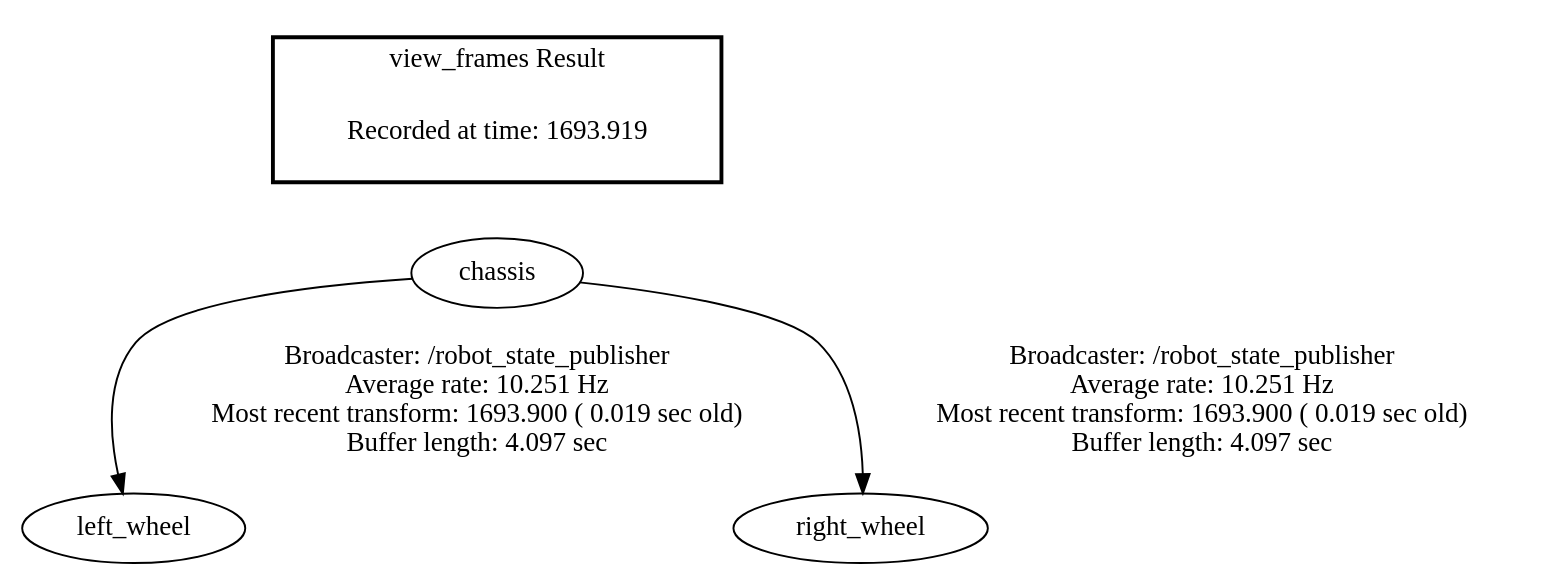
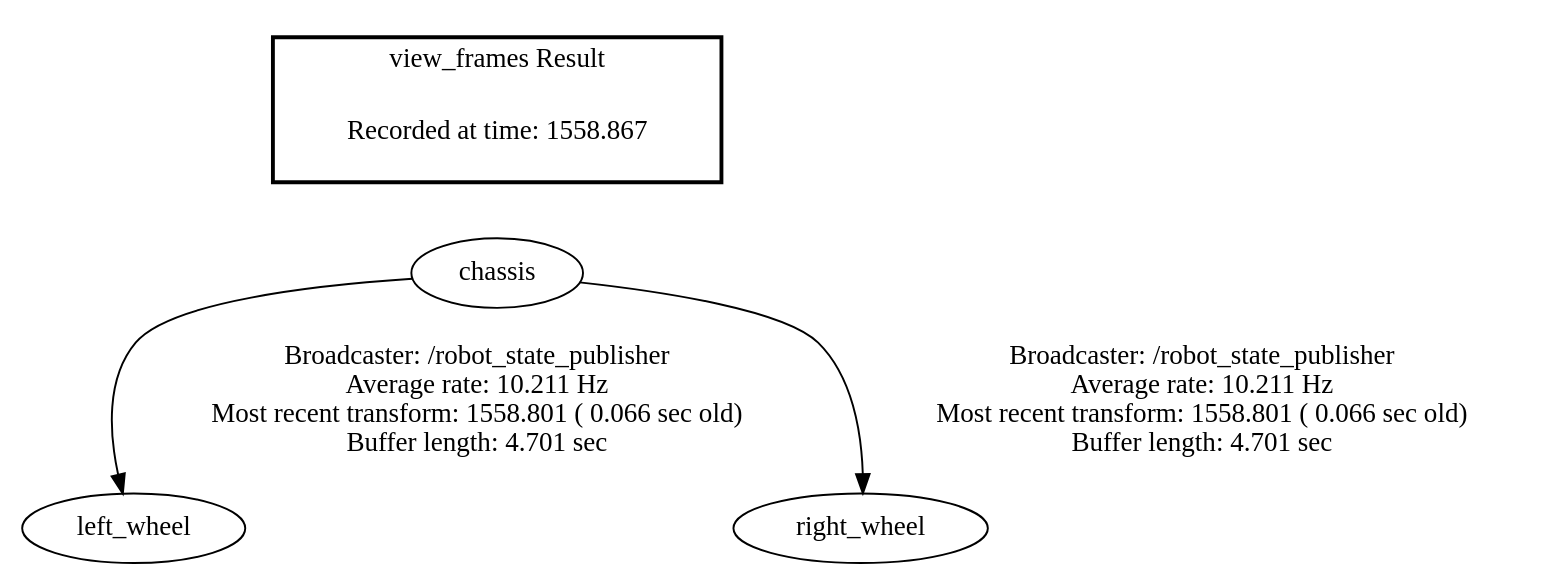
Before and after one commit to sukhrajklair/GoChaseIt: the diagram in catkin_ws/frames.gv, drawn with Graphviz. The commit also changed 232 other files, not shown here.

```diff
--- a/catkin_ws/frames.gv
+++ b/catkin_ws/frames.gv
@@ -1,8 +1,8 @@
 digraph G {
-"chassis" -> "left_wheel"[label="Broadcaster: /robot_state_publisher\nAverage rate: 10.251 Hz\nMost recent transform: 1693.900 ( 0.019 sec old)\nBuffer length: 4.097 sec\n"];
-"chassis" -> "right_wheel"[label="Broadcaster: /robot_state_publisher\nAverage rate: 10.251 Hz\nMost recent transform: 1693.900 ( 0.019 sec old)\nBuffer length: 4.097 sec\n"];
+"chassis" -> "left_wheel"[label="Broadcaster: /robot_state_publisher\nAverage rate: 10.211 Hz\nMost recent transform: 1558.801 ( 0.066 sec old)\nBuffer length: 4.701 sec\n"];
+"chassis" -> "right_wheel"[label="Broadcaster: /robot_state_publisher\nAverage rate: 10.211 Hz\nMost recent transform: 1558.801 ( 0.066 sec old)\nBuffer length: 4.701 sec\n"];
 edge [style=invis];
  subgraph cluster_legend { style=bold; color=black; label ="view_frames Result";
-"Recorded at time: 1693.919"[ shape=plaintext ] ;
+"Recorded at time: 1558.867"[ shape=plaintext ] ;
  }->"chassis";
 }
```
